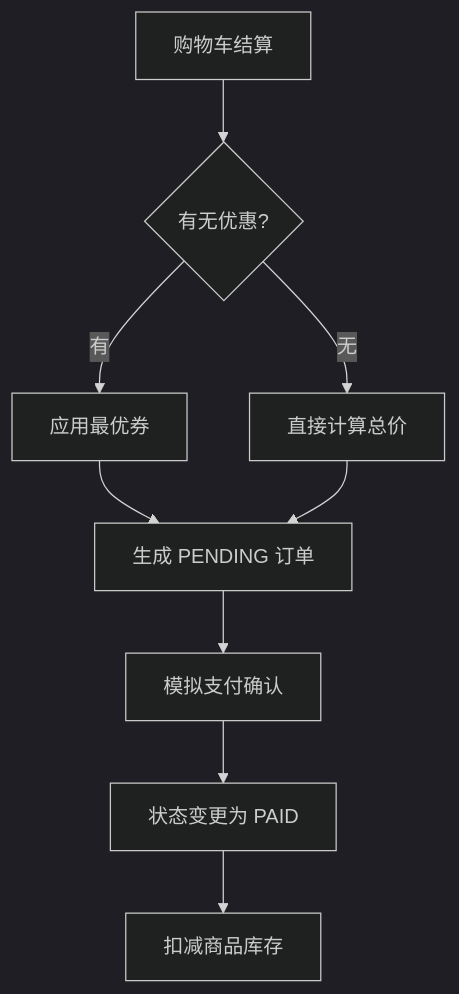
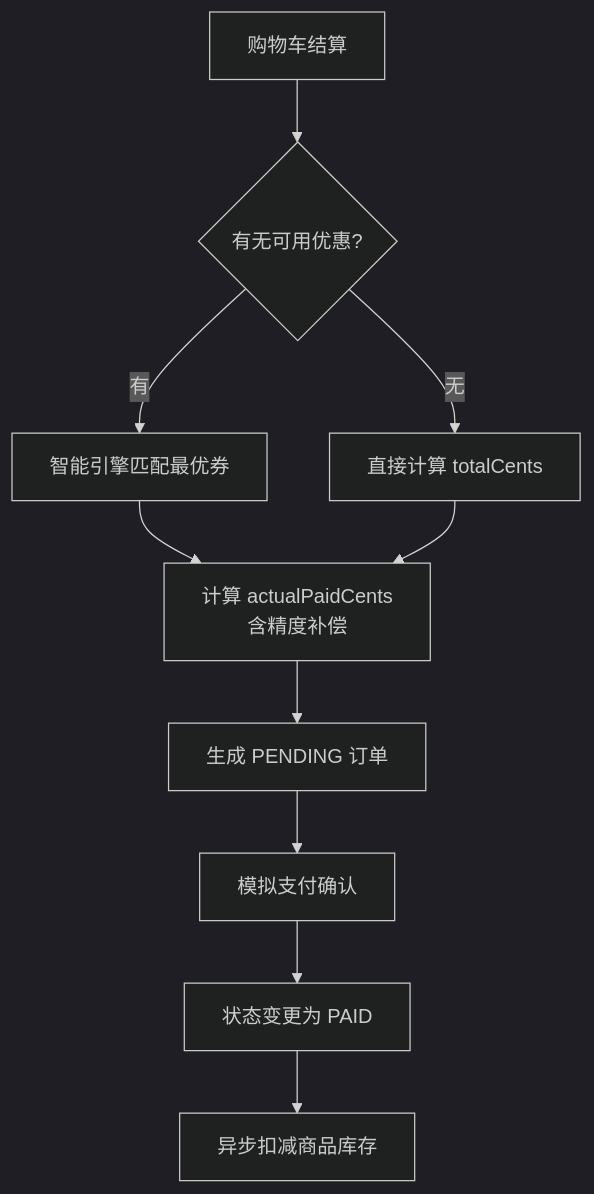
One commit to jkang/openspec-example changed the diagram in docs/baseline/CORE_BUSINESS_PROCESS_FLOW.md. Above: the diagram before and after it, drawn with Mermaid (dark theme). The commit also changed other lines of this file and 11 other files, not shown here.

````diff
--- a/docs/baseline/CORE_BUSINESS_PROCESS_FLOW.md
+++ b/docs/baseline/CORE_BUSINESS_PROCESS_FLOW.md
@@ -9,11 +9,12 @@
 ```mermaid
 graph TD
-    A[购物车结算] --> B{有无优惠?}
-    B -->|有| C[应用最优券]
-    B -->|无| D[直接计算总价]
-    C --> E[生成 PENDING 订单]
-    D --> E[生成 PENDING 订单]
-    E --> F[模拟支付确认]
-    F --> G[状态变更为 PAID]
-    G --> H[扣减商品库存]
+    A[购物车结算] --> B{有无可用优惠?}
+    B -->|有| C[智能引擎匹配最优券]
+    B -->|无| D[直接计算 totalCents]
+    C --> E[计算 actualPaidCents<br/>含精度补偿]
+    D --> E
+    E --> F[生成 PENDING 订单]
+    F --> G[模拟支付确认]
+    G --> H[状态变更为 PAID]
+    H --> I[异步扣减商品库存]
 ```
````
